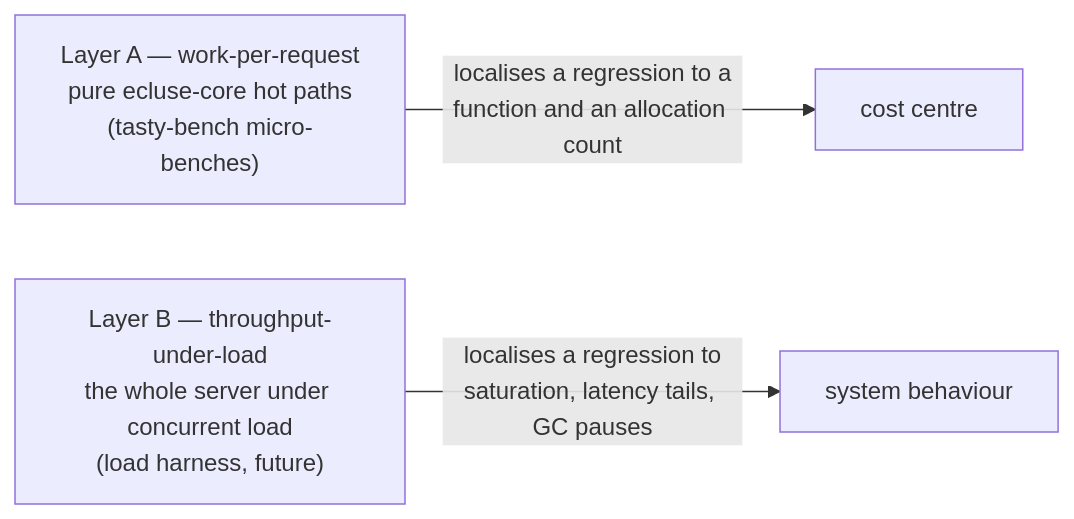
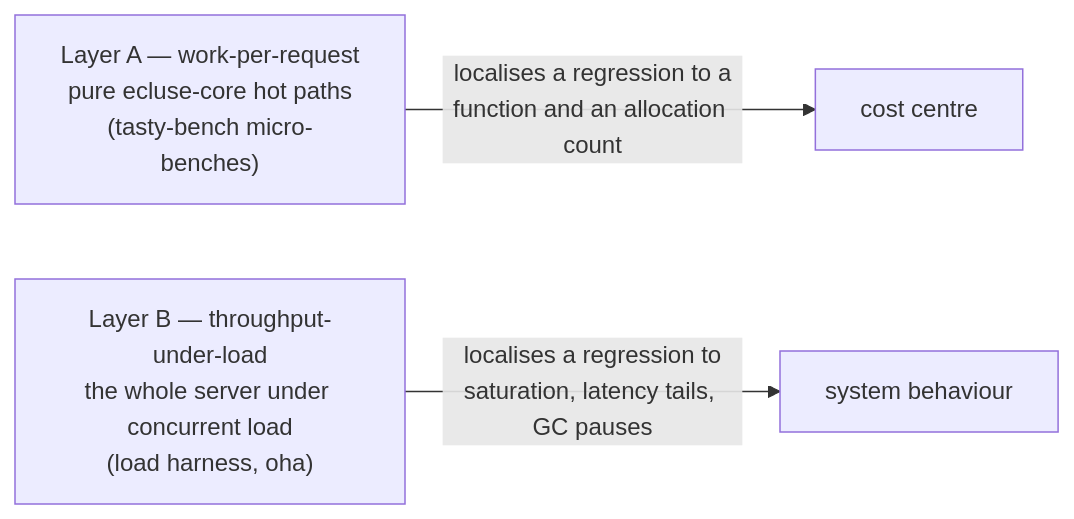
One commit to AlexaDeWit/Ecluse changed the first of 2 diagrams in docs/architecture/performance.md. Above: the diagram before and after it, drawn with Mermaid. The commit also changed other lines of this file and 11 other files, not shown here.

First line of the commit message:
feat(bench): M9 Layer B throughput & latency load-testing harness (S38) (#410)

````diff
--- a/docs/architecture/performance.md
+++ b/docs/architecture/performance.md
@@ -16,7 +16,7 @@
 ```mermaid
 flowchart LR
     A["Layer A — work-per-request<br/>pure ecluse-core hot paths<br/>(tasty-bench micro-benches)"]
-    B["Layer B — throughput-under-load<br/>the whole server under concurrent load<br/>(load harness, future)"]
+    B["Layer B — throughput-under-load<br/>the whole server under concurrent load<br/>(load harness, oha)"]
     A -->|"localises a regression to a<br/>function and an allocation count"| Cost["cost centre"]
     B -->|"localises a regression to<br/>saturation, latency tails, GC pauses"| Sys["system behaviour"]
 ```
````
